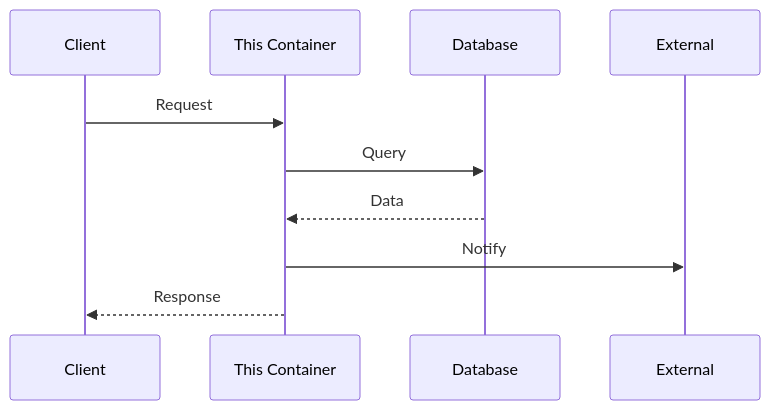
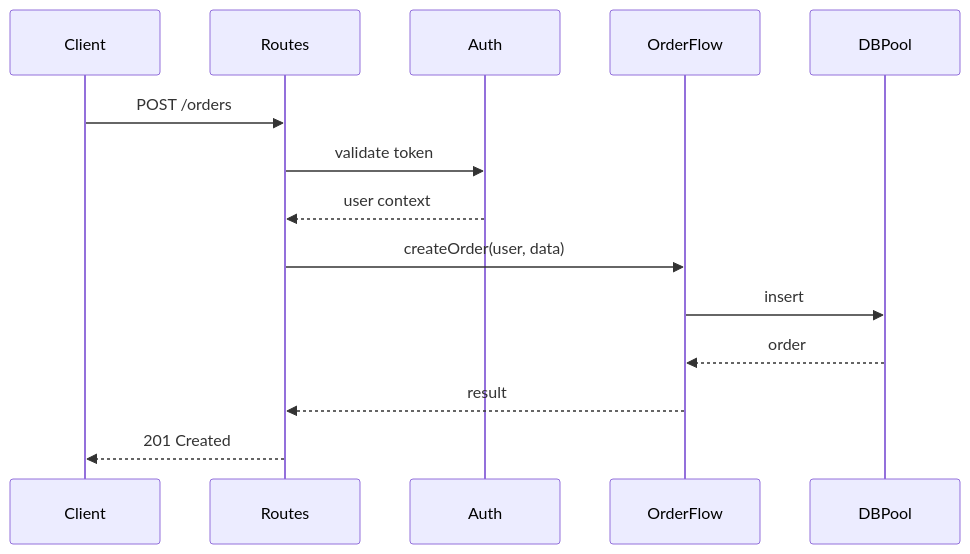
The fourth of 4 diagrams in skills/c3-container-design/SKILL.md (lagz0ne/c3-skill), drawn with Mermaid before and after one commit. The commit also changed other lines of this file and 16 other files, not shown here.

````diff
--- a/skills/c3-container-design/SKILL.md
+++ b/skills/c3-container-design/SKILL.md
@@ -169,13 +356,17 @@
 ```mermaid
 sequenceDiagram
-    participant C as Client
-    participant B as This Container
-    participant D as Database
-    participant E as External
+    participant Client
+    participant Routes
+    participant Auth
+    participant OrderFlow
+    participant DBPool
 
-    C->>B: Request
-    B->>D: Query
-    D-->>B: Data
-    B->>E: Notify
-    B-->>C: Response
+    Client->>Routes: POST /orders
+    Routes->>Auth: validate token
+    Auth-->>Routes: user context
+    Routes->>OrderFlow: createOrder(user, data)
+    OrderFlow->>DBPool: insert
+    DBPool-->>OrderFlow: order
+    OrderFlow-->>Routes: result
+    Routes-->>Client: 201 Created
 ```
````
